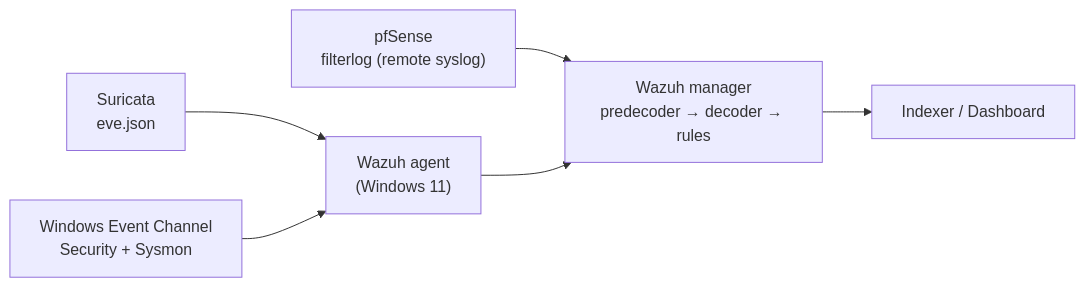
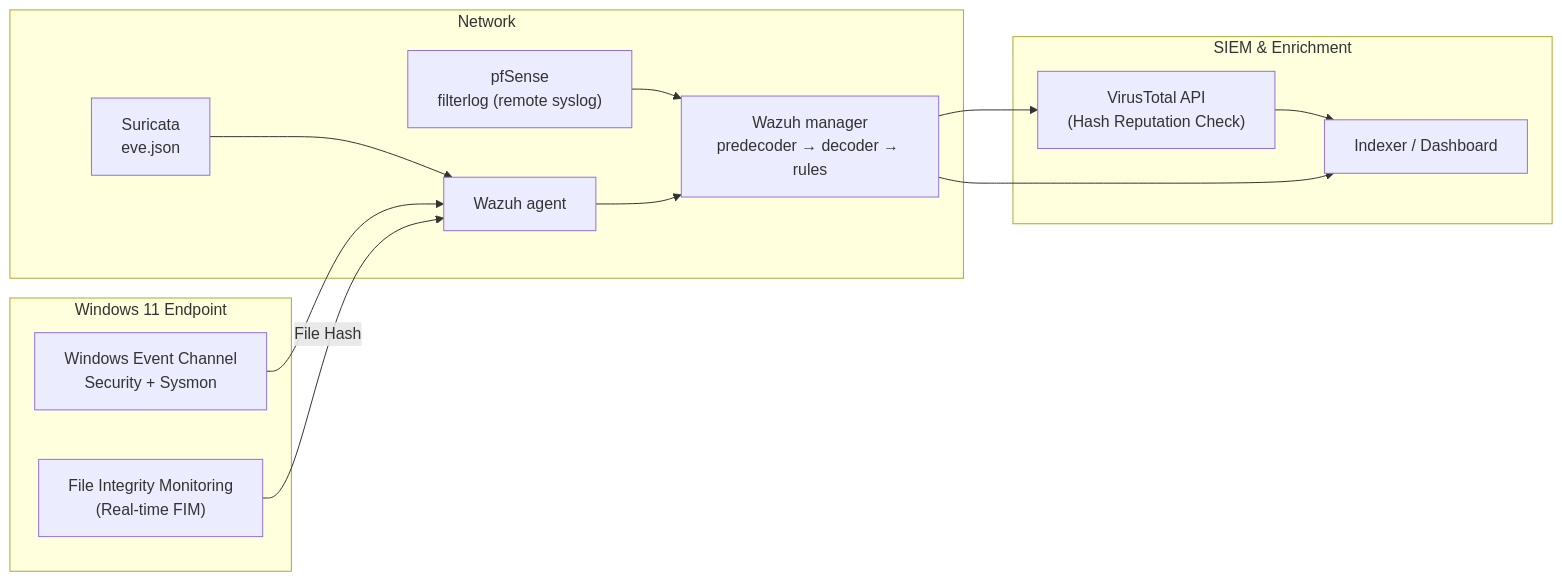
One commit to Khoavo-187/Wazuh-siem-home-lab changed the diagram in docs/03-Detection-engineering.md. Above: the diagram before and after it, drawn with Mermaid.

Commit message:
Enhance data flow diagram with subgraphs
Added subgraphs for Network and Endpoint in the data flow diagram.

````diff
--- a/docs/03-Detection-engineering.md
+++ b/docs/03-Detection-engineering.md
@@ -32,8 +32,20 @@
 ```mermaid
 flowchart LR
-  PF["pfSense<br/>filterlog (remote syslog)"] --> MGR
-  SU["Suricata<br/>eve.json"] --> AG["Wazuh agent<br/>(Windows 11)"]
-  WIN["Windows Event Channel<br/>Security + Sysmon"] --> AG
+  subgraph Network
+    PF["pfSense<br/>filterlog (remote syslog)"] --> MGR
+    SU["Suricata<br/>eve.json"] --> AG
+  end
+
+  subgraph Endpoint [Windows 11 Endpoint]
+    WIN["Windows Event Channel<br/>Security + Sysmon"] --> AG["Wazuh agent"]
+    FIM["File Integrity Monitoring<br/>(Real-time FIM)"] -->|File Hash| AG
+  end
+
   AG --> MGR["Wazuh manager<br/>predecoder → decoder → rules"]
-  MGR --> DASH["Indexer / Dashboard"]
+  
+  subgraph SIEM & Enrichment
+    MGR --> VT["VirusTotal API<br/>(Hash Reputation Check)"]
+    VT --> DASH["Indexer / Dashboard"]
+    MGR --> DASH
+  end
 ```
````
